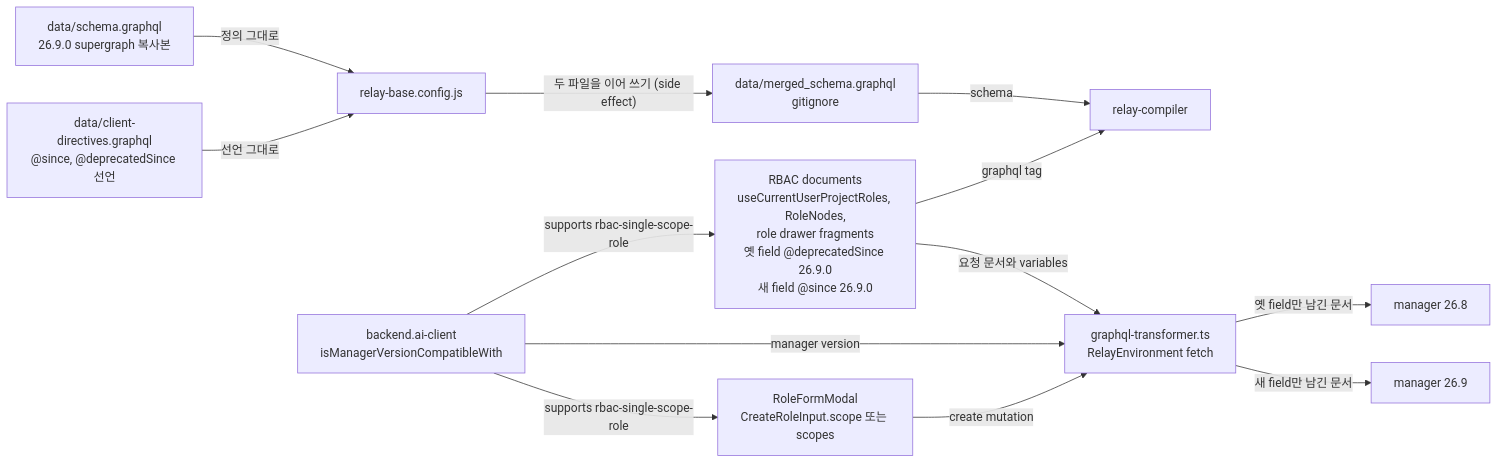
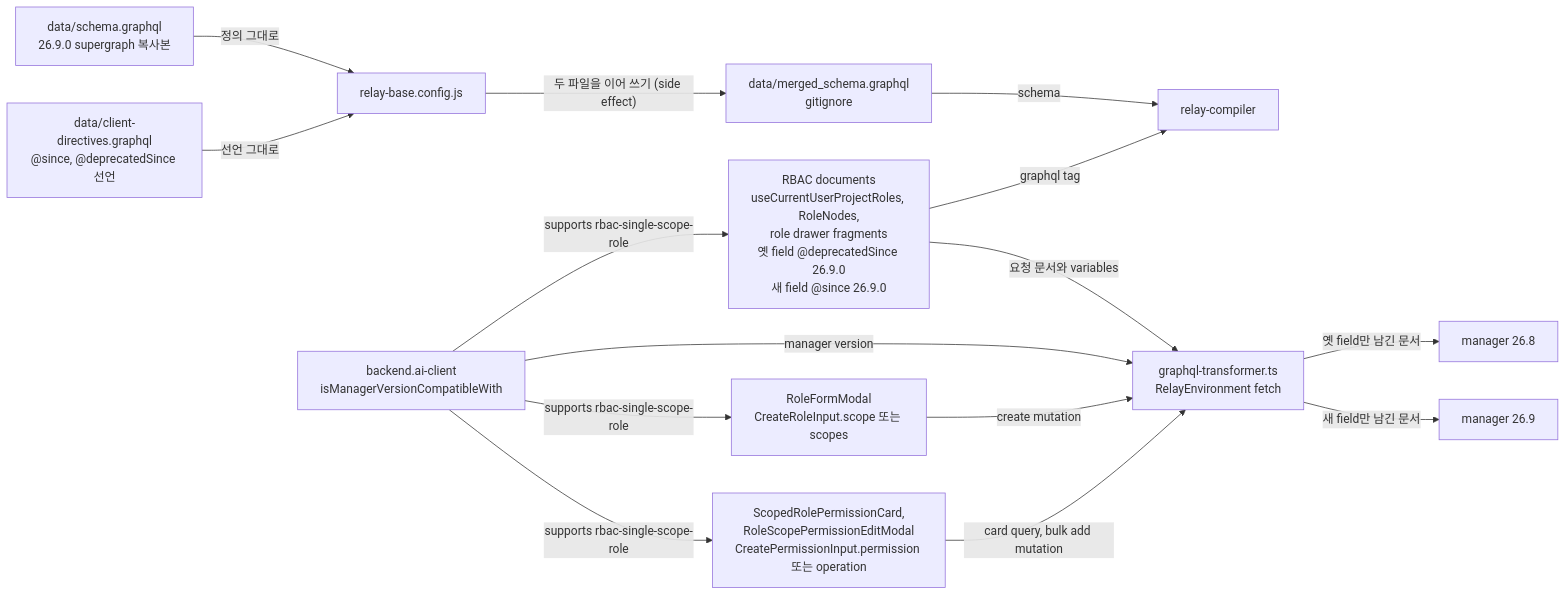
Before and after one commit to lablup/backend.ai-webui: the diagram in docs/adr/0006-version-gated-field-pairs-across-manager-versions.md, drawn with Mermaid. The commit also changed other lines of this file and 11 other files, not shown here.

````diff
--- a/docs/adr/0006-version-gated-field-pairs-across-manager-versions.md
+++ b/docs/adr/0006-version-gated-field-pairs-across-manager-versions.md
@@ -34,26 +35,29 @@
 ```mermaid
 flowchart LR
   supergraph["data/schema.graphql<br/>26.9.0 supergraph 복사본"]
   directives["data/client-directives.graphql<br/>@since, @deprecatedSince 선언"]
   config["relay-base.config.js"]
   merged["data/merged_schema.graphql<br/>gitignore"]
   compiler["relay-compiler"]
   hook["RBAC documents<br/>useCurrentUserProjectRoles, RoleNodes,<br/>role drawer fragments<br/>옛 field @deprecatedSince 26.9.0<br/>새 field @since 26.9.0"]
   form["RoleFormModal<br/>CreateRoleInput.scope 또는 scopes"]
+  permtab["ScopedRolePermissionCard,<br/>RoleScopePermissionEditModal<br/>CreatePermissionInput.permission 또는 operation"]
   transformer["graphql-transformer.ts<br/>RelayEnvironment fetch"]
   client["backend.ai-client<br/>isManagerVersionCompatibleWith"]
   old["manager 26.8"]
   new["manager 26.9"]
   supergraph -- "정의 그대로" --> config
   directives -- "선언 그대로" --> config
   config -- "두 파일을 이어 쓰기 (side effect)" --> merged
   merged -- "schema" --> compiler
   hook -- "graphql tag" --> compiler
   hook -- "요청 문서와 variables" --> transformer
   client -- "manager version" --> transformer
   client -- "supports rbac-single-scope-role" --> hook
   client -- "supports rbac-single-scope-role" --> form
+  client -- "supports rbac-single-scope-role" --> permtab
   form -- "create mutation" --> transformer
+  permtab -- "card query, bulk add mutation" --> transformer
   transformer -- "옛 field만 남긴 문서" --> old
   transformer -- "새 field만 남긴 문서" --> new
 ```
````
